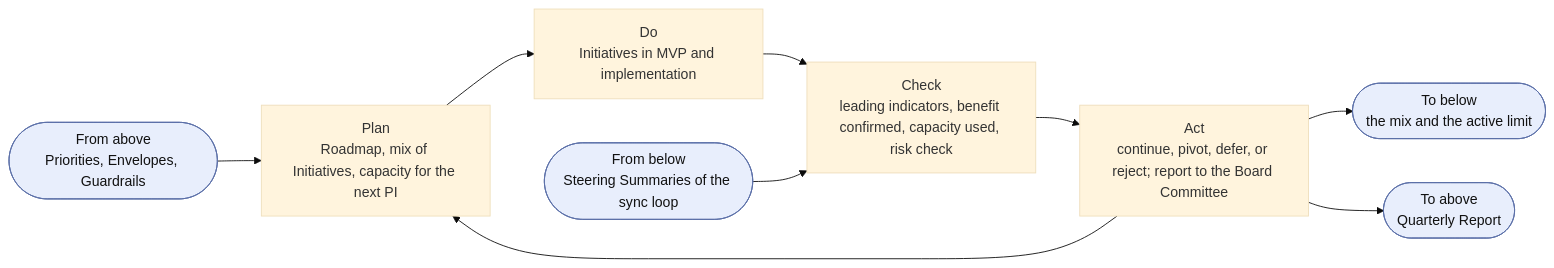
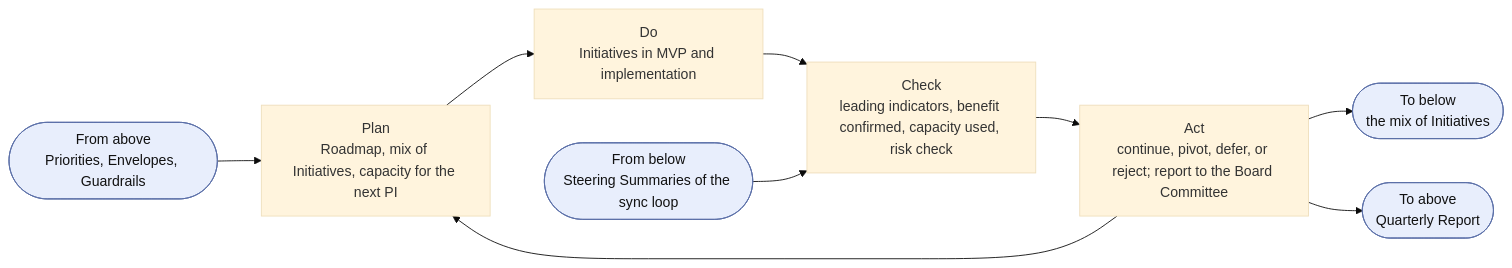
One commit to devhogu/ob-aicc changed the second of 8 diagrams in charter/documents/portfolio-management-model.md. Above: the diagram before and after it, drawn with Mermaid (base theme). The commit also changed other lines of this file and 75 other files, not shown here.

Commit message:
Life-cycle flows, measures, end-to-end evaluation, two-level acceptance, and the yearly Steering in December (DR-2026-050 to DR-2026-057)

````diff
--- a/charter/documents/portfolio-management-model.md
+++ b/charter/documents/portfolio-management-model.md
@@ -73,9 +73,9 @@
 ```mermaid
 flowchart LR
   IN(["From above<br/>Priorities, Envelopes, Guardrails"]):::iface --> P
   P["Plan<br/>Roadmap, mix of Initiatives, capacity for the next PI"] --> D["Do<br/>Initiatives in MVP and implementation"] --> C["Check<br/>leading indicators, benefit confirmed, capacity used, risk check"] --> A["Act<br/>continue, pivot, defer, or reject; report to the Board Committee"] --> P
   EV(["From below<br/>Steering Summaries of the sync loop"]):::iface --> C
-  A --> OUT(["To below<br/>the mix and the active limit"]):::iface
+  A --> OUT(["To below<br/>the mix of Initiatives"]):::iface
   A --> UP(["To above<br/>Quarterly Report"]):::iface
   classDef iface fill:#e8eefc,stroke:#5a6fa8,color:#111
 ```
````
